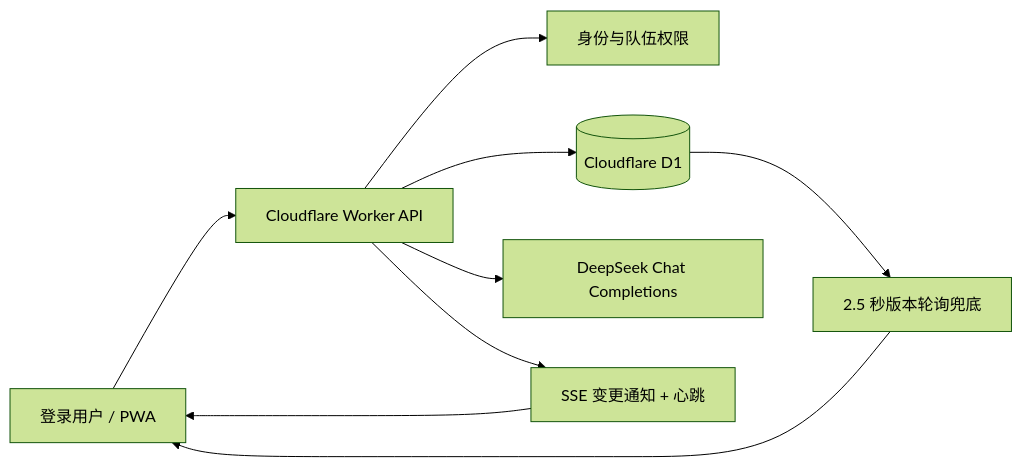
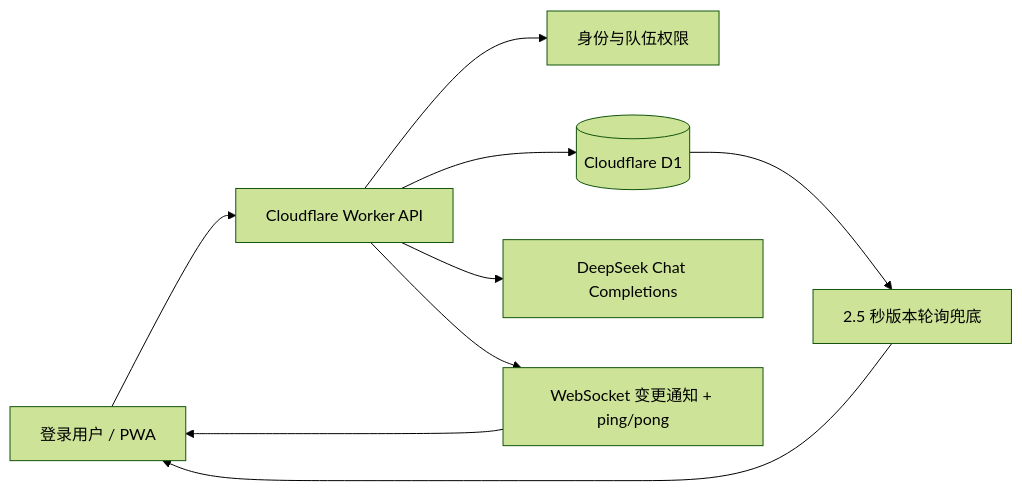
One commit to candy-zy/daiqi-ai-packlist changed the diagram in docs/AI_AND_BACKEND_DESIGN.md. Above: the diagram before and after it, drawn with Mermaid (forest theme). The commit also changed other lines of this file and 7 other files, not shown here.

Commit message:
feat: upgrade team sync to WebSocket

````diff
--- a/docs/AI_AND_BACKEND_DESIGN.md
+++ b/docs/AI_AND_BACKEND_DESIGN.md
@@ -22,11 +22,11 @@
 ```mermaid
 flowchart LR
   U[登录用户 / PWA] --> API[Cloudflare Worker API]
   API --> AUTH[身份与队伍权限]
   API --> D1[(Cloudflare D1)]
   API --> DS[DeepSeek Chat Completions]
-  API --> SSE[SSE 变更通知 + 心跳]
-  SSE --> U
+  API --> WS[WebSocket 变更通知 + ping/pong]
+  WS --> U
   D1 --> POLL[2.5 秒版本轮询兜底]
   POLL --> U
 ```
````
